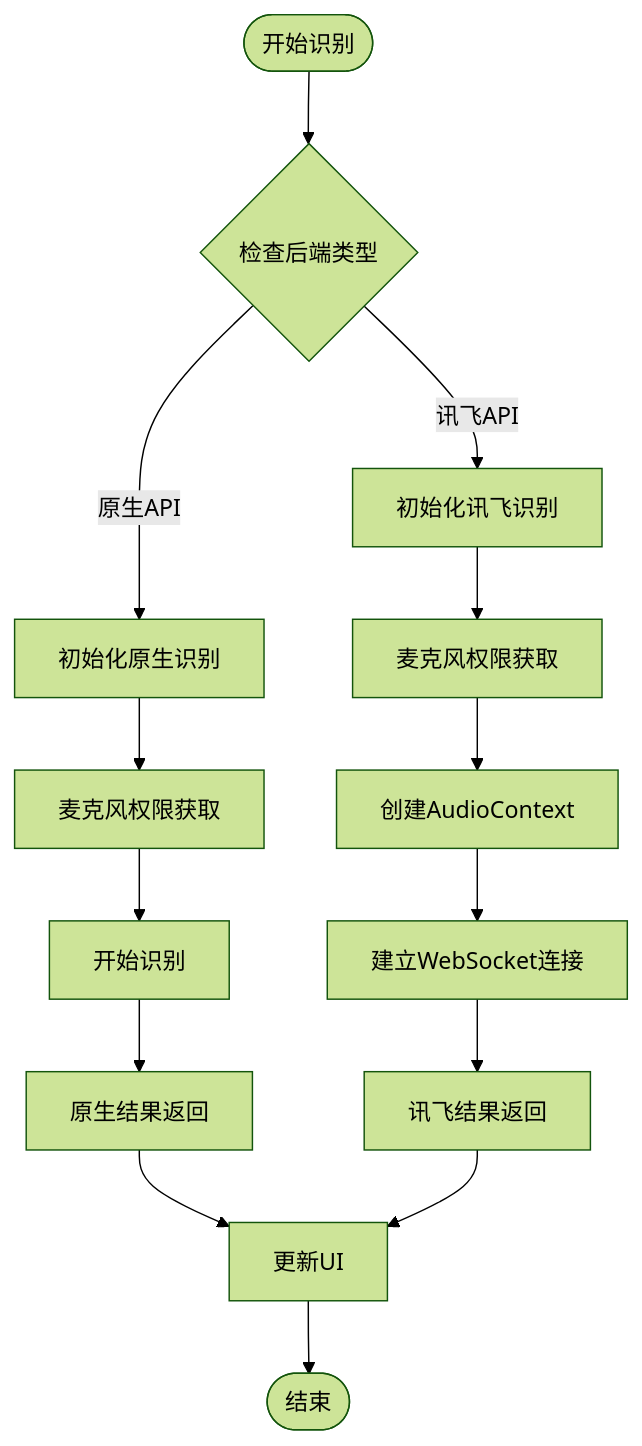
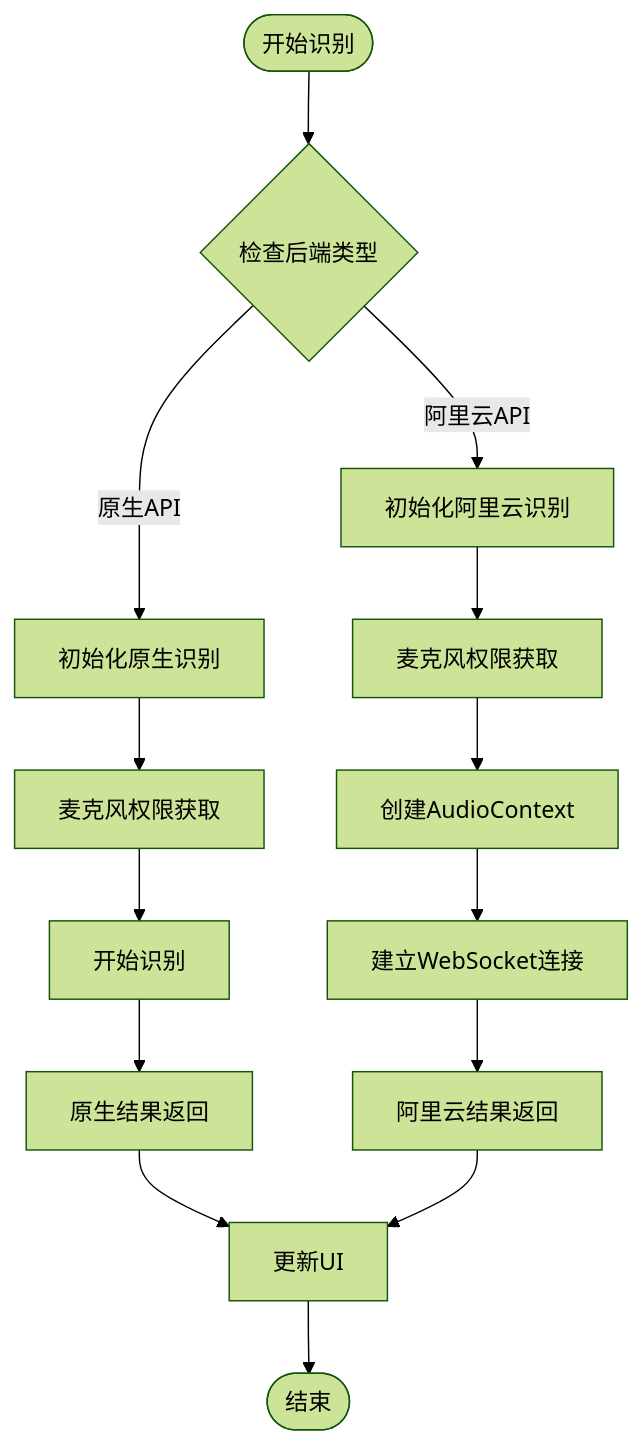
One commit to db300/MySpeechRecognition changed the fourth of 13 diagrams in .qoder/repowiki/zh/content/故障排除指南/性能问题诊断.md. Above: the diagram before and after it, drawn with Mermaid (forest theme). The commit also changed other lines of this file and 10 other files, not shown here.

````diff
--- a/.qoder/repowiki/zh/content/故障排除指南/性能问题诊断.md
+++ b/.qoder/repowiki/zh/content/故障排除指南/性能问题诊断.md
@@ -216,16 +215,16 @@
 ```mermaid
 flowchart TD
 Start([开始识别]) --> CheckBackend{"检查后端类型"}
 CheckBackend --> |原生API| NativeInit["初始化原生识别"]
-CheckBackend --> |讯飞API| XfyunInit["初始化讯飞识别"]
+CheckBackend --> |阿里云API| AliyunInit["初始化阿里云识别"]
 NativeInit --> NativeMic["麦克风权限获取"]
 NativeMic --> NativeStart["开始识别"]
 NativeStart --> NativeResult["原生结果返回"]
-XfyunInit --> XfyunMic["麦克风权限获取"]
-XfyunMic --> XfyunAudio["创建AudioContext"]
-XfyunAudio --> XfyunWS["建立WebSocket连接"]
-XfyunWS --> XfyunResult["讯飞结果返回"]
+AliyunInit --> AliyunMic["麦克风权限获取"]
+AliyunMic --> AliyunAudio["创建AudioContext"]
+AliyunAudio --> AliyunWS["建立WebSocket连接"]
+AliyunWS --> AliyunResult["阿里云结果返回"]
 NativeResult --> UpdateUI["更新UI"]
-XfyunResult --> UpdateUI
+AliyunResult --> UpdateUI
 UpdateUI --> End([结束])
 ```
````
